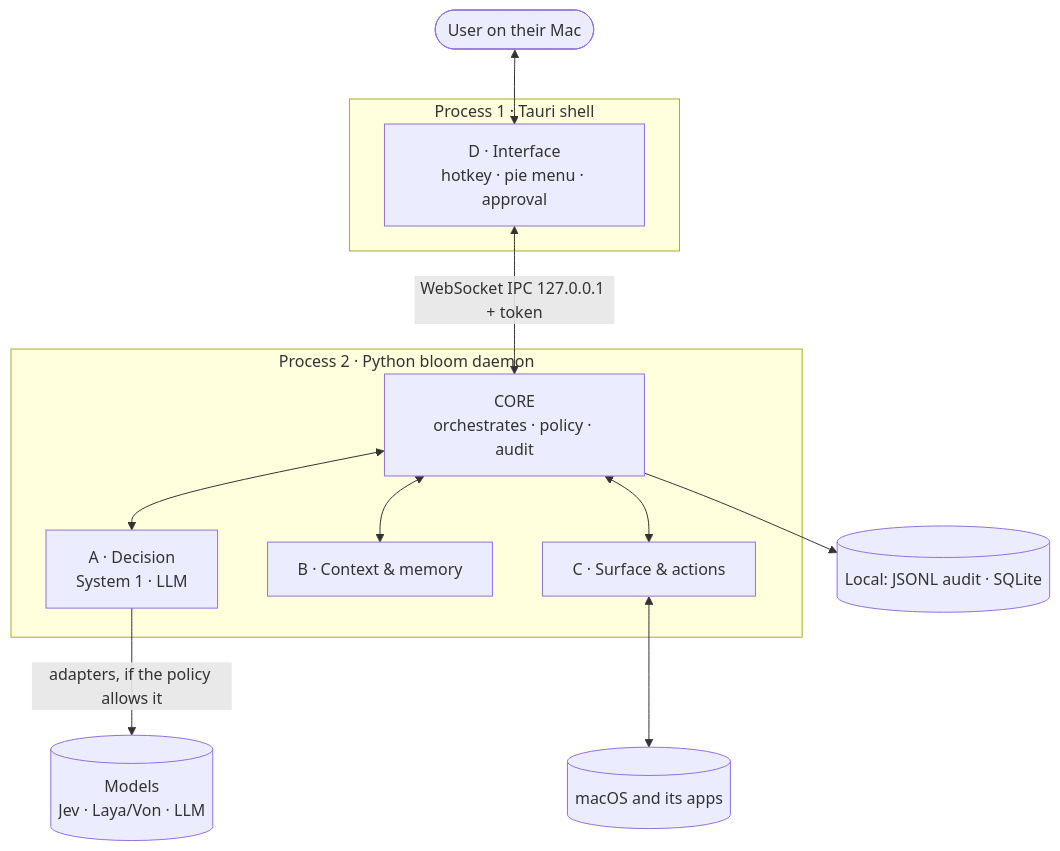
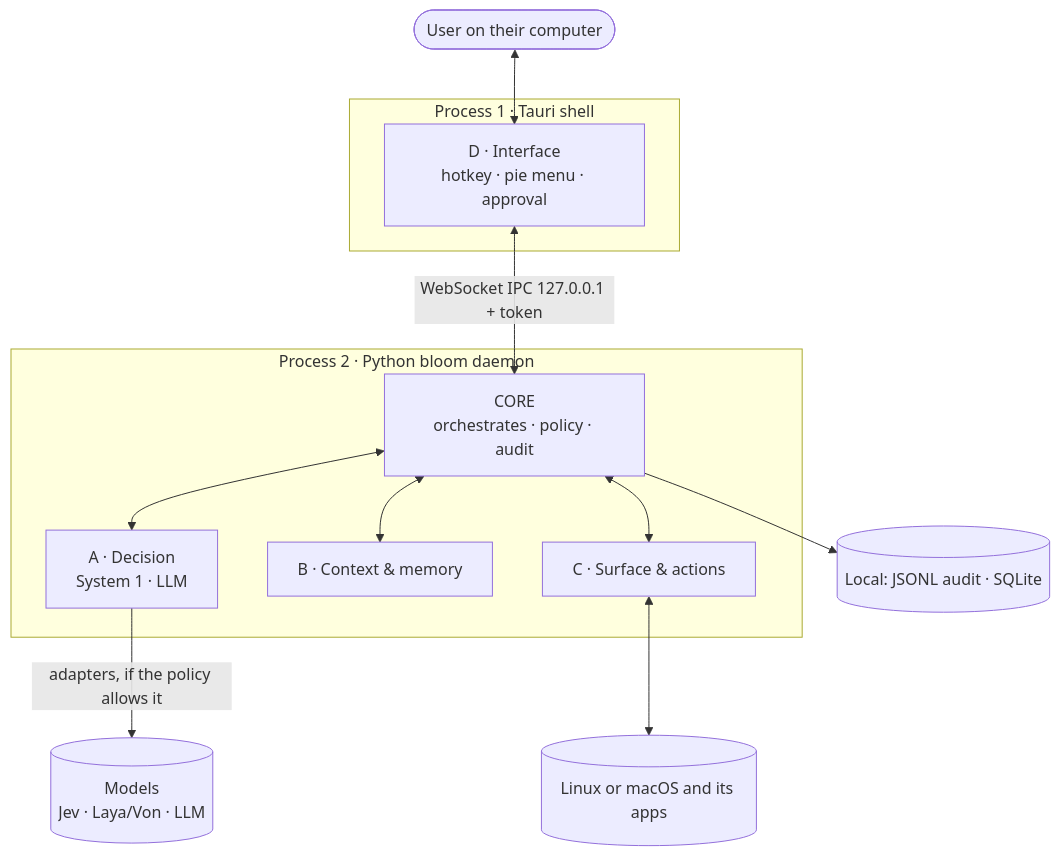
The first of 3 diagrams in docs/architecture.md (ramosleandre/bloom-core), drawn with Mermaid before and after one commit. The commit also changed other lines of this file and 9 other files, not shown here.

Commit message:
docs(docs): describe Linux and macOS support

````diff
--- a/docs/architecture.md
+++ b/docs/architecture.md
@@ -7,25 +7,25 @@
 ```mermaid
 flowchart TB
-    U(["User on their Mac"])
+    U(["User on their computer"])
     subgraph SHELL["Process 1 · Tauri shell"]
         D["D · Interface<br/>hotkey · pie menu · approval"]
     end
     subgraph CORE["Process 2 · Python bloom daemon"]
         K["CORE<br/>orchestrates · policy · audit"]
         A["A · Decision<br/>System 1 · LLM"]
         B["B · Context & memory"]
         C["C · Surface & actions"]
     end
-    MAC[("macOS and its apps")]
+    MAC[("Linux or macOS and its apps")]
     MOD[("Models<br/>Jev · Laya/Von · LLM")]
     STO[("Local: JSONL audit · SQLite")]
 
     U <--> D
     D <-->|"WebSocket IPC 127.0.0.1 + token"| K
     K <--> A
     K <--> B
     K <--> C
     C <--> MAC
     A -->|"adapters, if the policy allows it"| MOD
     K --> STO
 ```
````
